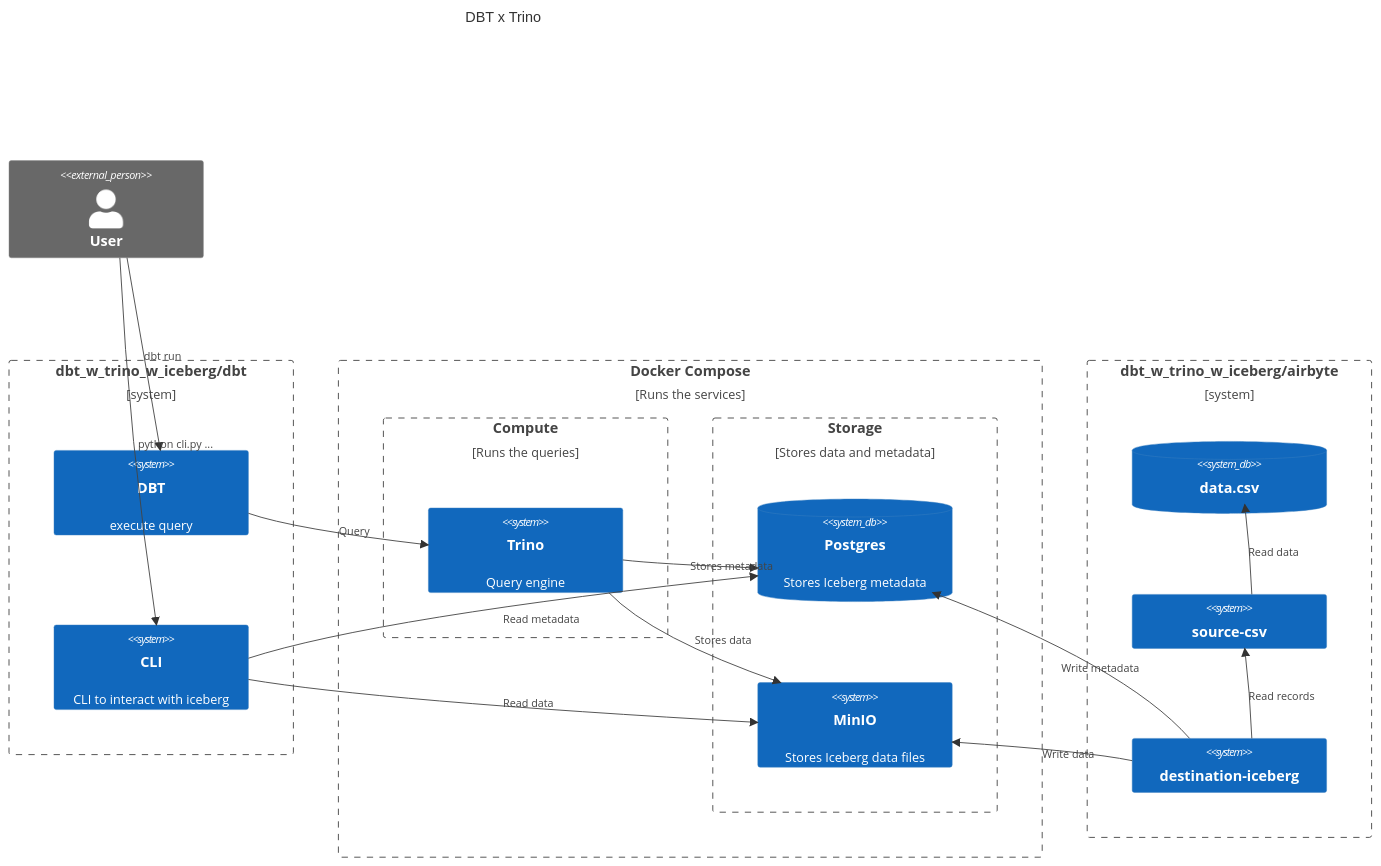
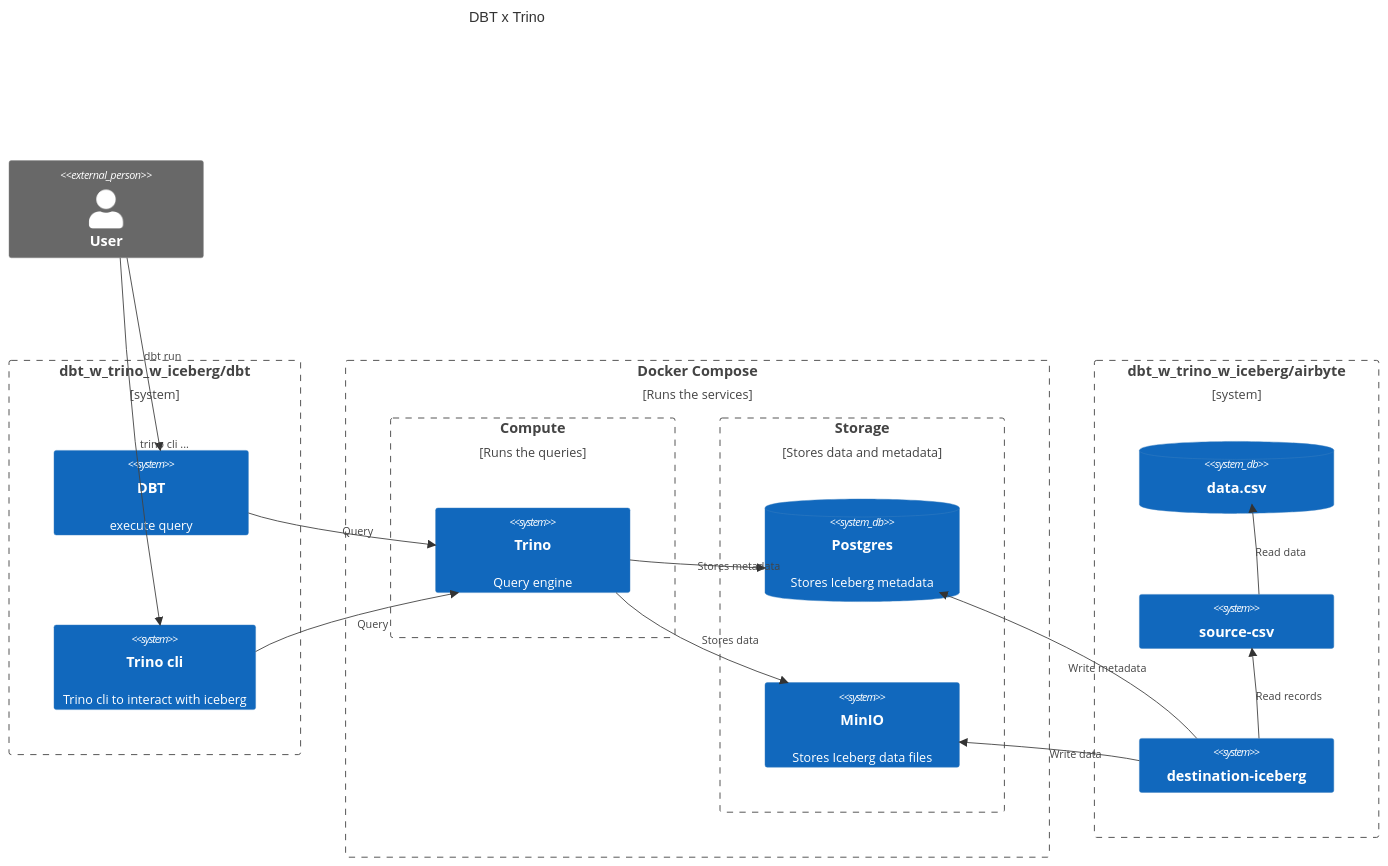
One commit to solimy/dbt_w_trino_w_iceberg changed the diagram in README.md. Above: the diagram before and after it, drawn with Mermaid. The commit also changed other lines of this file and 1 other file, not shown here.

Commit message:
updated readme to use trino cli instead of custom python script to query data

````diff
--- a/README.md
+++ b/README.md
@@ -53,47 +71,46 @@
 ```mermaid
 C4Context
     title DBT x Trino
 
     Person_Ext(user, "User")
     Rel(user, dbt, "dbt run")
-    Rel(user, cli, "python cli.py ...")
+    Rel(user, cli, "trino cli ...")
 
     Boundary(dbt_dir, "dbt_w_trino_w_iceberg/dbt") {
         System(dbt, "DBT", "Runs the queries")
-        System(cli, "CLI", "CLI to interact with iceberg")
-        Rel(cli, minio, "Read data")
-        Rel(cli, postgres, "Read metadata")
+        System(cli, "Trino cli", "Trino cli to interact with iceberg")
+        Rel(cli, trino, "Query")
 
         System(dbt, "DBT", "execute query")
         Rel(dbt, trino, "Query")
     }
 
 
     Boundary(dockercompose, "Docker Compose", "Runs the services") {
         Boundary(compute, "Compute", "Runs the queries") {
             System(trino, "Trino", "Query engine")
         }
 
         Boundary(storage, "Storage", "Stores data and metadata") {
             SystemDb(postgres, "Postgres", "Stores Iceberg metadata")
             System(minio, "MinIO", "Stores Iceberg data files")
         }
 
         Rel(trino, postgres, "Stores metadata")
         Rel(trino, minio, "Stores data")
     }
 
     Boundary(airbyte_dir, "dbt_w_trino_w_iceberg/airbyte") {
         SystemDb(airbyte_data, "data.csv")
         System(airbyte_src, "source-csv")
         System(airbyte_dest, "destination-iceberg")
 
         Rel(airbyte_src, airbyte_data, "Read data")
         Rel(airbyte_dest, airbyte_src, "Read records")
         Rel(airbyte_dest, postgres, "Write metadata")
         Rel(airbyte_dest, minio, "Write data")
     }
 
 
     UpdateLayoutConfig($c4ShapeInRow="1", $c4BoundaryInRow="3", $c4BoundaryInRow="2")
 ```
````
